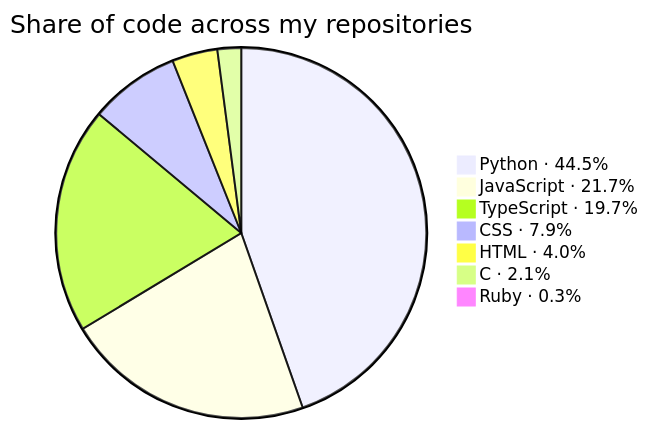
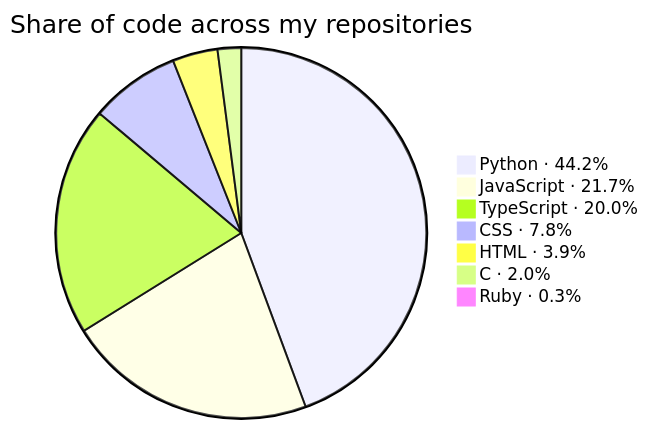
One commit to KathFK1234/KathFK1234 changed the second of 3 diagrams in README.md. Above: the diagram before and after it, drawn with Mermaid. The commit also changed other lines of this file and 5 other files, not shown here.

````diff
--- a/README.md
+++ b/README.md
@@ -109,11 +109,11 @@
 ```mermaid
 %%{init: {"themeVariables": {"pieSectionTextSize": "0px"}}}%%
 pie title Share of code across my repositories
-    "Python · 44.5%" : 1352.2
-    "JavaScript · 21.7%" : 658.5
-    "TypeScript · 19.7%" : 598.1
-    "CSS · 7.9%" : 238.9
-    "HTML · 4.0%" : 120.3
-    "C · 2.1%" : 62.7
+    "Python · 44.2%" : 1353.3
+    "JavaScript · 21.7%" : 664.9
+    "TypeScript · 20.0%" : 610.7
+    "CSS · 7.8%" : 239.3
+    "HTML · 3.9%" : 120.3
+    "C · 2.0%" : 62.7
     "Ruby · 0.3%" : 10.1
 ```
````
